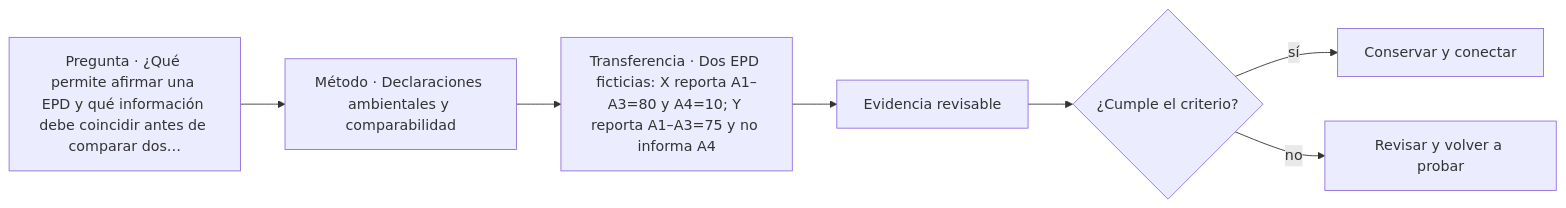
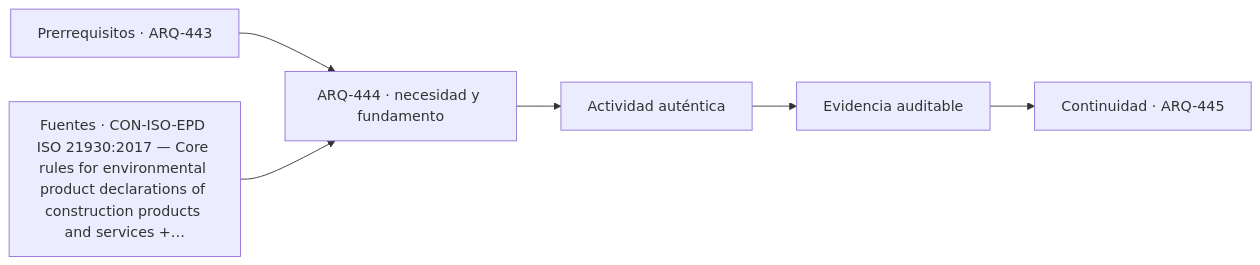
One commit to vladimiracunadev-create/architecture-built-environment-learning-program changed the diagram in classes/parte-45/ARQ-444.md. Above: the diagram before and after it, drawn with Mermaid. The commit also changed other lines of this file and 761 other files, not shown here.

````diff
--- a/classes/parte-45/ARQ-444.md
+++ b/classes/parte-45/ARQ-444.md
@@ -75,9 +87,8 @@
 ```mermaid
 flowchart LR
-    Q["Pregunta · ¿Qué permite afirmar una EPD y qué información debe coincidir antes de comparar dos…"] --> M["Método · Declaraciones ambientales y comparabilidad"]
-    M --> P["Transferencia · Dos EPD ficticias: X reporta A1–A3=80 y A4=10; Y reporta A1–A3=75 y no informa A4"]
-    P --> E["Evidencia revisable"]
-    E --> C{"¿Cumple el criterio?"}
-    C -->|sí| T["Conservar y conectar"]
-    C -->|no| R["Revisar y volver a probar"]
+    A["Prerrequisitos · ARQ-443"] --> B["ARQ-444 · necesidad y fundamento"]
+    S["Fuentes · CON-ISO-EPD ISO 21930:2017 — Core rules for environmental product declarations of construction products and services +…"] --> B
+    B --> C["Actividad auténtica"]
+    C --> D["Evidencia auditable"]
+    D --> E["Continuidad · ARQ-445"]
 ```
````
